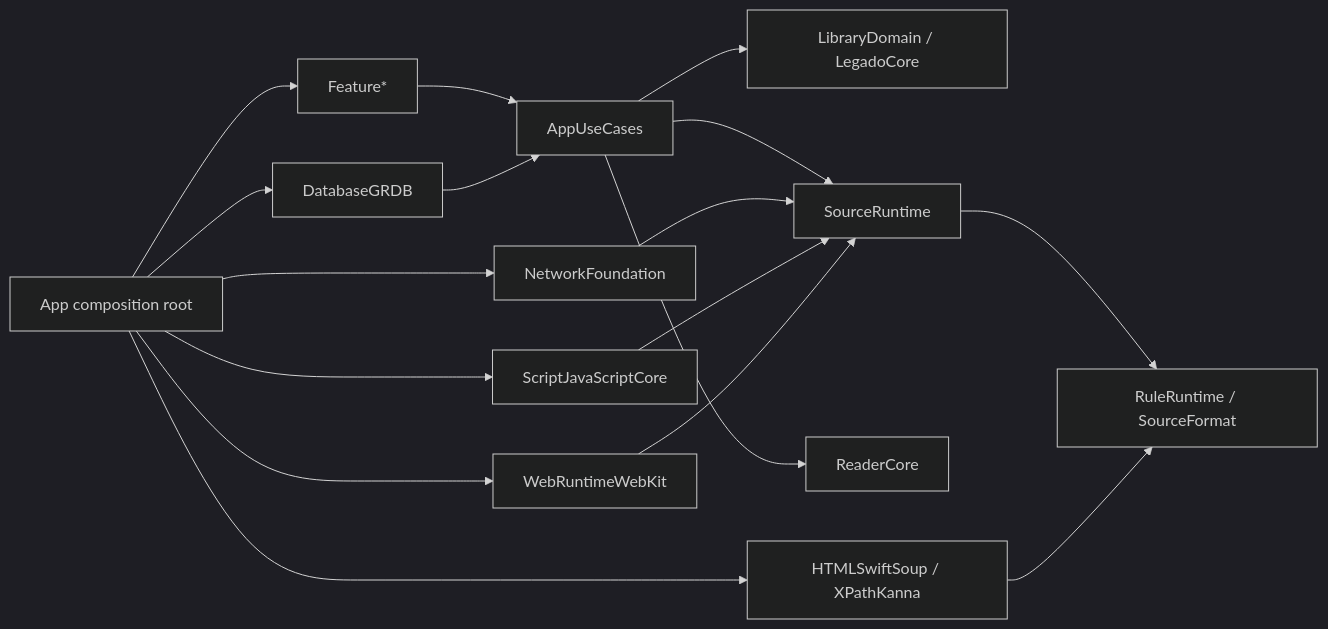
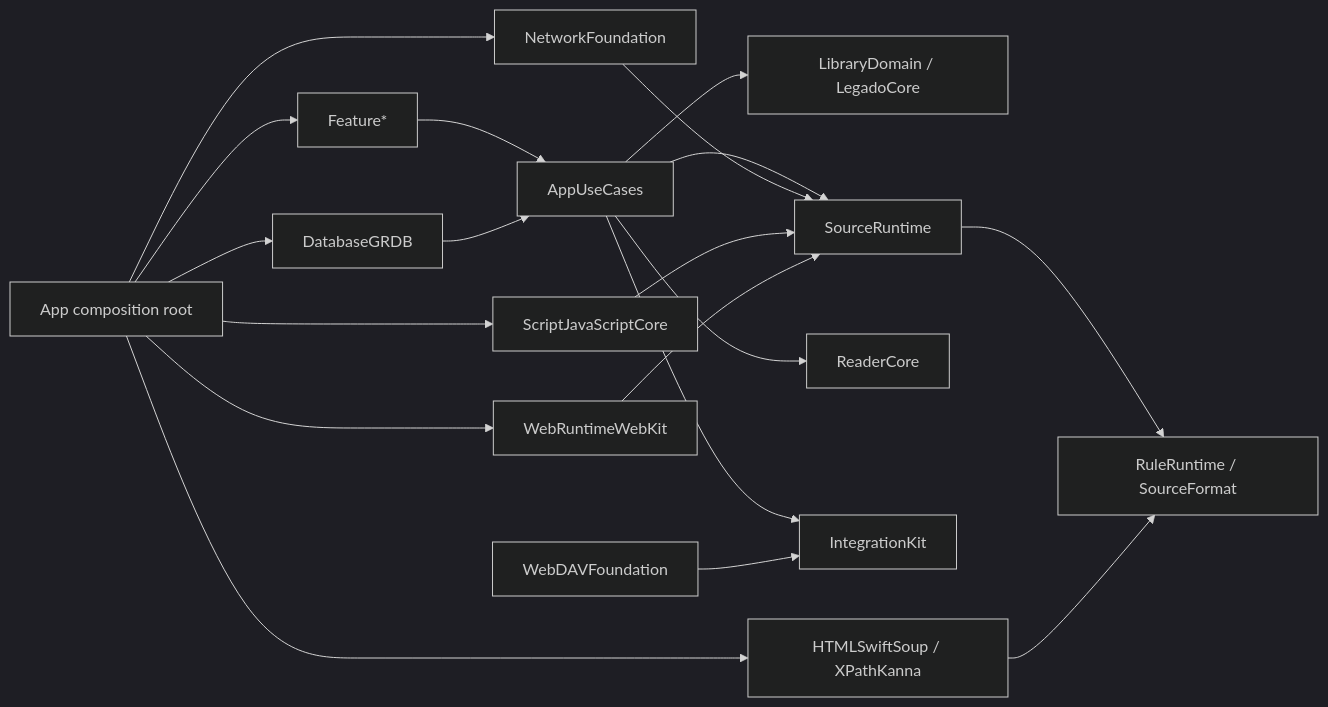
The diagram in ios/docs/architecture.md (yangtianxiang0313/legado), drawn with Mermaid (dark theme) before and after one commit. The commit also changed other lines of this file and 7 other files, not shown here.

Commit message:
docs(ios): decide WebDAV integration boundary

````diff
--- a/ios/docs/architecture.md
+++ b/ios/docs/architecture.md
@@ -79,19 +79,21 @@
 ```mermaid
 flowchart LR
   F["Feature*"] --> U["AppUseCases"]
   U --> D["LibraryDomain / LegadoCore"]
   U --> S["SourceRuntime"]
   U --> R["ReaderCore"]
+  U --> I["IntegrationKit"]
   S --> RF["RuleRuntime / SourceFormat"]
   DB["DatabaseGRDB"] --> U
   NET["NetworkFoundation"] --> S
+  DAV["WebDAVFoundation"] --> I
   HTML["HTMLSwiftSoup / XPathKanna"] --> RF
   JS["ScriptJavaScriptCore"] --> S
   WEB["WebRuntimeWebKit"] --> S
   APP["App composition root"] --> F
   APP --> DB
   APP --> NET
   APP --> HTML
   APP --> JS
   APP --> WEB
 ```
````
